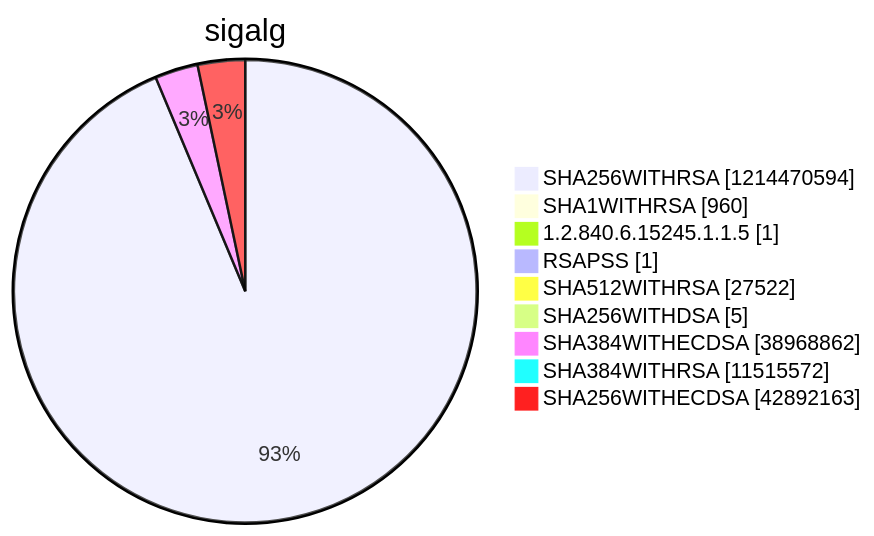
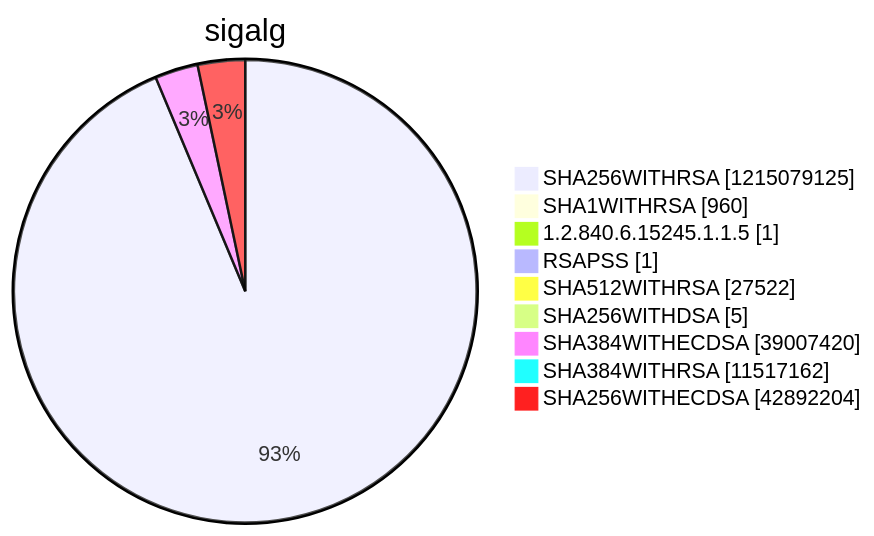
Diagram 15 of 15 in argon2022/README.md (christiankrug/ctmonitor_visualization), drawn with Mermaid before and after one commit. The commit also changed other lines of this file, not shown here.

````diff
--- a/argon2022/README.md
+++ b/argon2022/README.md
@@ -5521,13 +5521,13 @@
 ```mermaid
 pie showData
 title sigalg
-"SHA256WITHRSA" :1214470594
+"SHA256WITHRSA" :1215079125
 "SHA1WITHRSA" :960
 "1.2.840.6.15245.1.1.5" :1
 "RSAPSS" :1
 "SHA512WITHRSA" :27522
 "SHA256WITHDSA" :5
-"SHA384WITHECDSA" :38968862
-"SHA384WITHRSA" :11515572
-"SHA256WITHECDSA" :42892163
+"SHA384WITHECDSA" :39007420
+"SHA384WITHRSA" :11517162
+"SHA256WITHECDSA" :42892204
 ```
````
